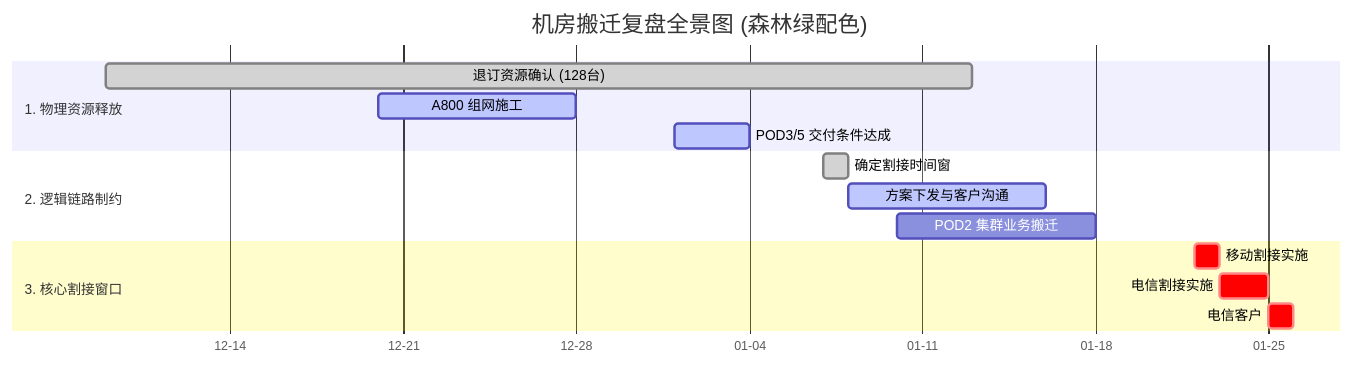
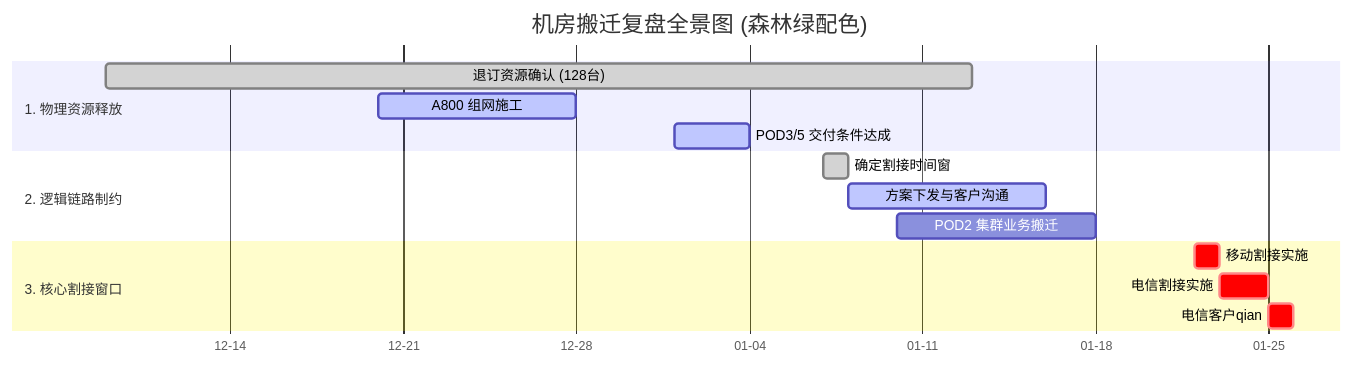
One commit to lasonlixin/iodraw-files changed the diagram in all/未命名.md. Above: the diagram before and after it, drawn with Mermaid.

Commit message:
2026-02-03 10:55:14 update

````diff
--- a/all/未命名.md
+++ b/all/未命名.md
@@ -1,45 +1,45 @@
 ```mermaid
 %%{init: {
   'theme': 'base',
   'themeVariables': {
     'fontFamily': 'arial, sans-serif',
     'fontSize': '14px',
     /* 全局背景与文字 */
     'primaryColor': '#c8e6c9',
     'primaryTextColor': '#1b5e20',
     'primaryBorderColor': '#81c784',
     /* 已完成任务（浅绿） */
     'doneSectionBkgColor': '#f1f8e9',
     'doneSectionBorderColor': '#c5e1a5',
     /* 进行中/活动任务（翠绿） */
     'activeSectionBkgColor': '#a5d6a7',
     'activeSectionBorderColor': '#66bb6a',
     /* 关键路径/核心割接（深绿 - 保证文字对比度） */
     'critSectionBkgColor': '#2e7d32',
     'critSectionBorderColor': '#1b5e20',
     'critTextColor': '#ffffff',
     /* 连线与轴 */
     'lineColor': '#4caf50',
     'gridColor': '#e8f5e9'
   }
 }}%%
 gantt
     title 机房搬迁复盘全景图 (森林绿配色)
     dateFormat  YYYY-MM-DD
     axisFormat %m-%d
 
     section 1. 物理资源释放
     退订资源确认 (128台)           :done, a1, 2025-12-09, 2026-01-13
     A800 组网施工                 :active, a2, 2025-12-20, 2025-12-28
     POD3/5 交付条件达成            :active, a3, 2026-01-01, 2026-01-04
 
     section 2. 逻辑链路制约
     确定割接时间窗                :done, b1, 2026-01-07, 1d
     方案下发与客户沟通            :active, b2, 2026-01-08, 2026-01-16
     POD2 集群业务搬迁             :b3, 2026-01-10, 2026-01-18
 
     section 3. 核心割接窗口
     移动割接实施              :crit, c1, 2026-01-22, 1d
     电信割接实施              :crit, c2, 2026-01-23, 2d
-    电信客户             :crit, c3, after c2, 1d
+    电信客户qian            :crit, c3, after c2, 1d
 ```
````
